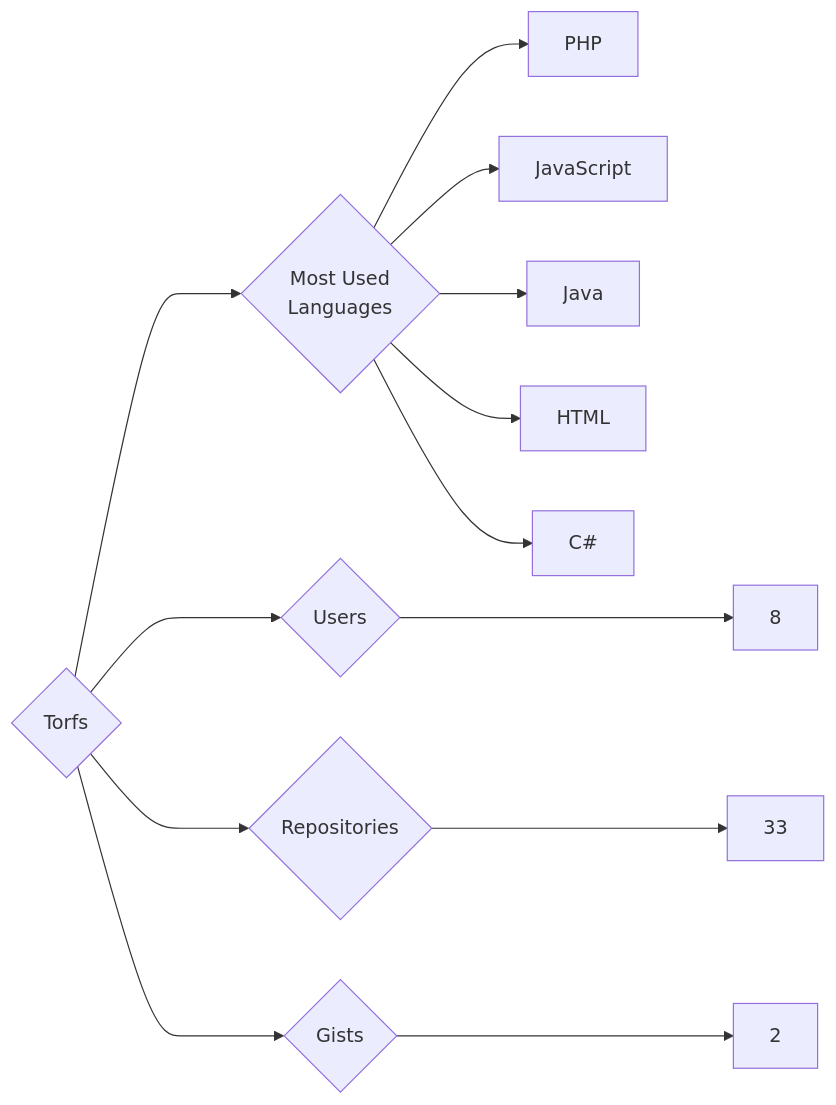
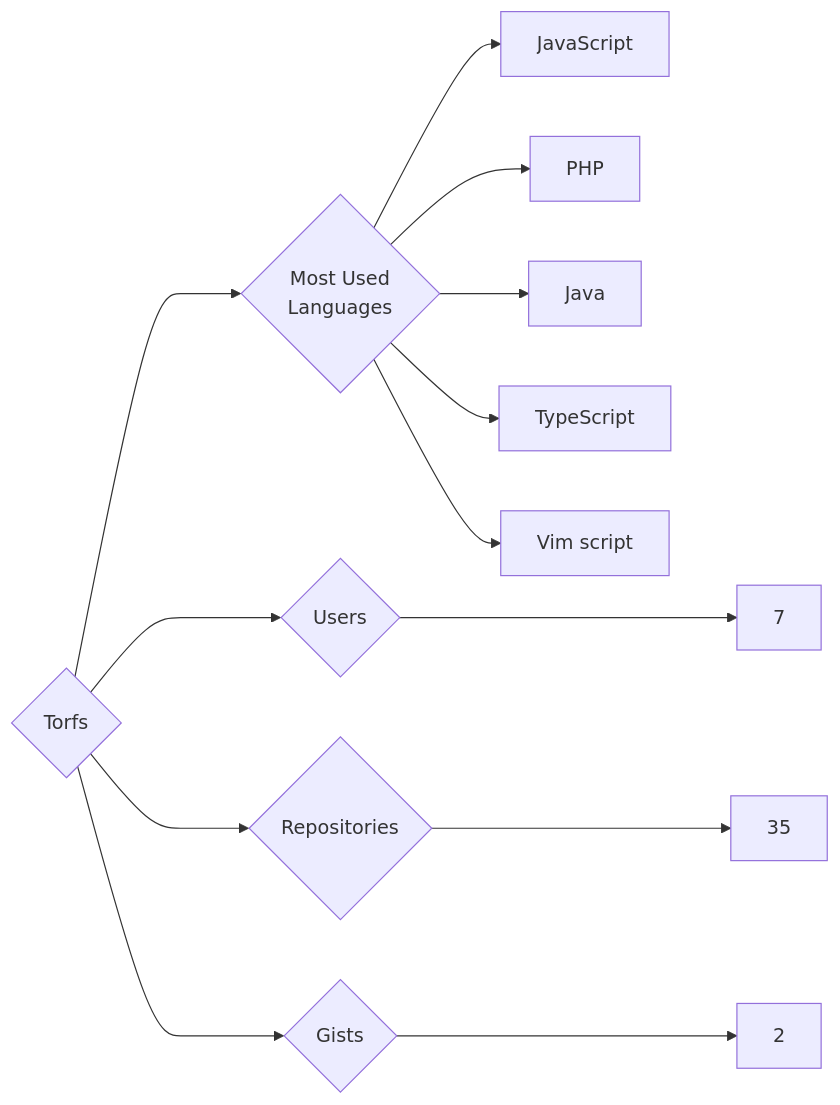
Before and after one commit to trickest/insiders: the diagram in targets/Torfs/README.md, drawn with Mermaid. The commit also changed 814 other files, not shown here.

````diff
--- a/targets/Torfs/README.md
+++ b/targets/Torfs/README.md
@@ -3,13 +3,13 @@
 ```mermaid
 graph LR
 COMPANY_NAME{Torfs}
-COMPANY_NAME ---> U{Users} ---> UN[8]
-COMPANY_NAME ---> R{Repositories} ---> RN[33]
+COMPANY_NAME ---> U{Users} ---> UN[7]
+COMPANY_NAME ---> R{Repositories} ---> RN[35]
 COMPANY_NAME ---> G{Gists} ---> GN[2]
 COMPANY_NAME ---> ML{Most Used<br>Languages}
+ML --> JavaScript[JavaScript]
 ML --> PHP[PHP]
-ML --> JavaScript[JavaScript]
 ML --> Java[Java]
-ML --> HTML[HTML]
-ML --> C#[C#]
+ML --> TypeScript[TypeScript]
+ML --> Vim_script[Vim script]
 ```
````
